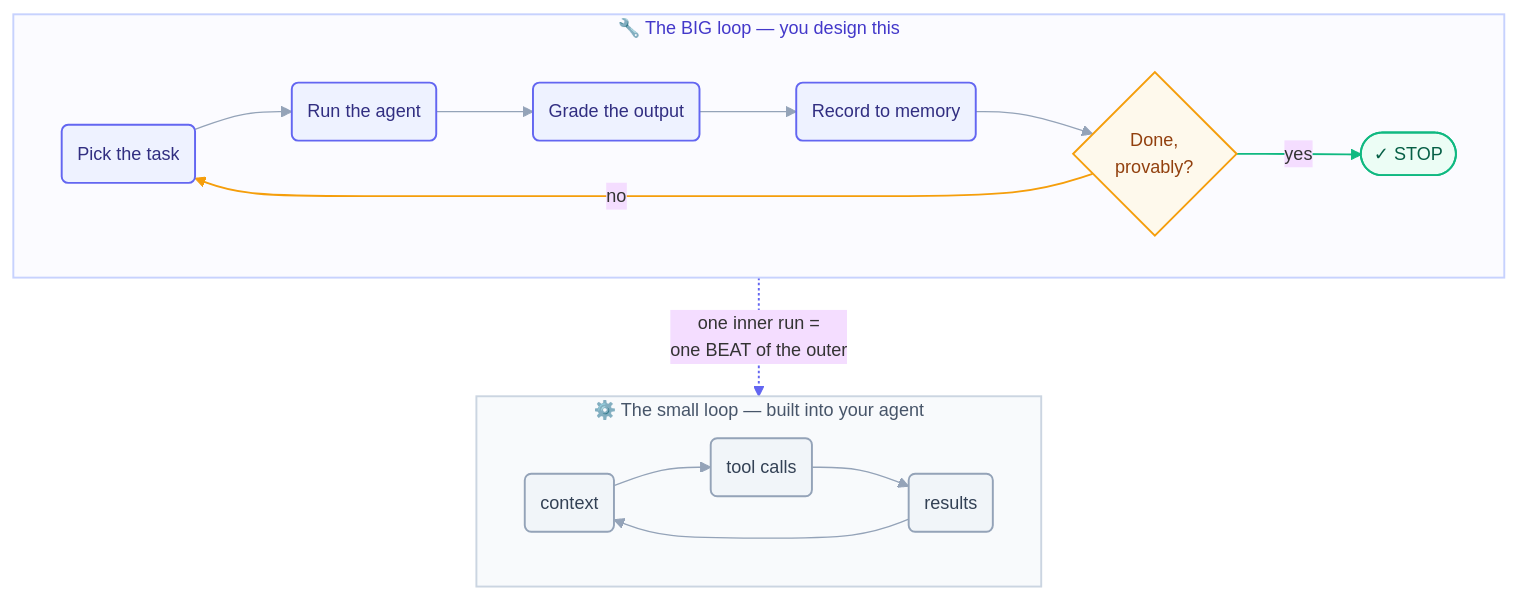
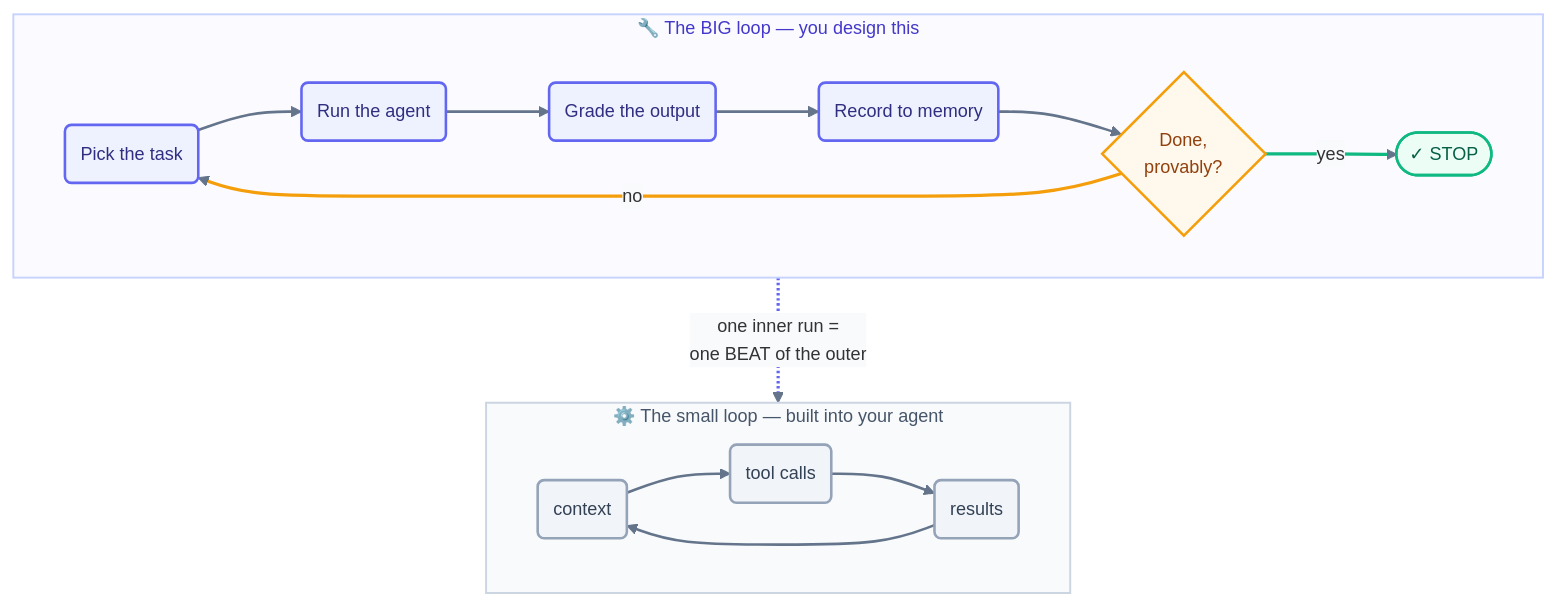
The diagram in docs/02-foundations/mental-models.md (ayeshakhalid192007-dev/LoopEngineering-CrashCourse), drawn with Mermaid before and after one commit. The commit also changed 66 other files, not shown here.

First line of the commit message:
docs(diagrams): bolden and unify all 70 mermaid diagrams

````diff
--- a/docs/02-foundations/mental-models.md
+++ b/docs/02-foundations/mental-models.md
@@ -29,27 +29,28 @@
 ```mermaid
-%%{init: {'theme':'base','themeVariables':{'fontFamily':'ui-sans-serif, system-ui, sans-serif','fontSize':'14px','lineColor':'#94a3b8'},'flowchart':{'curve':'basis','nodeSpacing':45,'rankSpacing':50,'padding':12}}}%%
+%%{init: {'theme':'base','themeVariables':{'fontFamily':'ui-sans-serif, system-ui, sans-serif','fontSize':'14px','lineColor':'#64748b','edgeLabelBackground':'#f8fafc'},'flowchart':{'curve':'basis','nodeSpacing':45,'rankSpacing':55,'padding':12}}}%%
 flowchart TD
     subgraph OUTER ["🔧  The BIG loop — you design this"]
       direction LR
       T("Pick the task"):::step --> R("Run the agent"):::step
       R --> G("Grade the output"):::step
       G --> M("Record to memory"):::step
       M --> D{"Done,<br/>provably?"}:::gate
       D -->|no| T
       D -->|yes| S(["✓ STOP"]):::stop
     end
     subgraph INNER ["⚙️  The small loop — built into your agent"]
       direction LR
       C("context"):::inner --> TC("tool calls"):::inner --> RES("results"):::inner --> C
     end
     R -.->|"one inner run =<br/>one BEAT of the outer"| INNER
-    classDef step fill:#eef2ff,stroke:#6366f1,stroke-width:1.5px,color:#312e81;
-    classDef gate fill:#fef9ec,stroke:#f59e0b,stroke-width:1.5px,color:#92400e;
-    classDef stop fill:#ecfdf5,stroke:#10b981,stroke-width:1.5px,color:#065f46;
-    classDef inner fill:#f1f5f9,stroke:#94a3b8,stroke-width:1.5px,color:#334155;
+    linkStyle default stroke:#64748b,stroke-width:2px;
+    classDef step fill:#eef2ff,stroke:#6366f1,stroke-width:2px,color:#312e81;
+    classDef gate fill:#fef9ec,stroke:#f59e0b,stroke-width:2px,color:#92400e;
+    classDef stop fill:#ecfdf5,stroke:#10b981,stroke-width:2px,color:#065f46;
+    classDef inner fill:#f1f5f9,stroke:#94a3b8,stroke-width:2px,color:#334155;
     style OUTER fill:#fbfbff,stroke:#c7d2fe,stroke-width:1.5px,color:#4338ca;
     style INNER fill:#f8fafc,stroke:#cbd5e1,stroke-width:1.5px,color:#475569;
-    linkStyle 4 stroke:#f59e0b,stroke-width:1.5px;
-    linkStyle 5 stroke:#10b981,stroke-width:1.5px;
-    linkStyle 9 stroke:#6366f1,stroke-width:1.5px;
+    linkStyle 4 stroke:#f59e0b,stroke-width:2.5px;
+    linkStyle 5 stroke:#10b981,stroke-width:2.5px;
+    linkStyle 9 stroke:#6366f1,stroke-width:2.5px;
 ```
````
